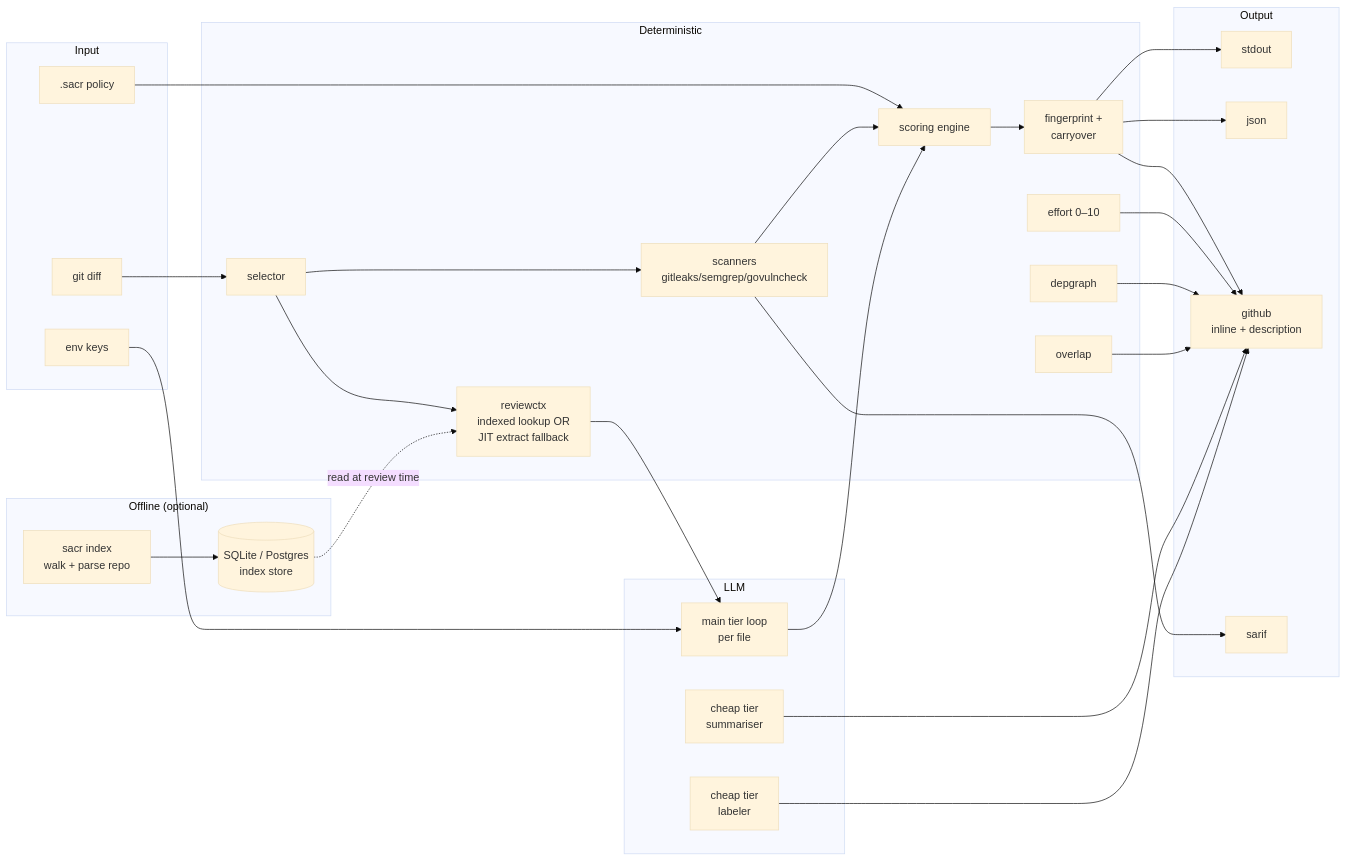
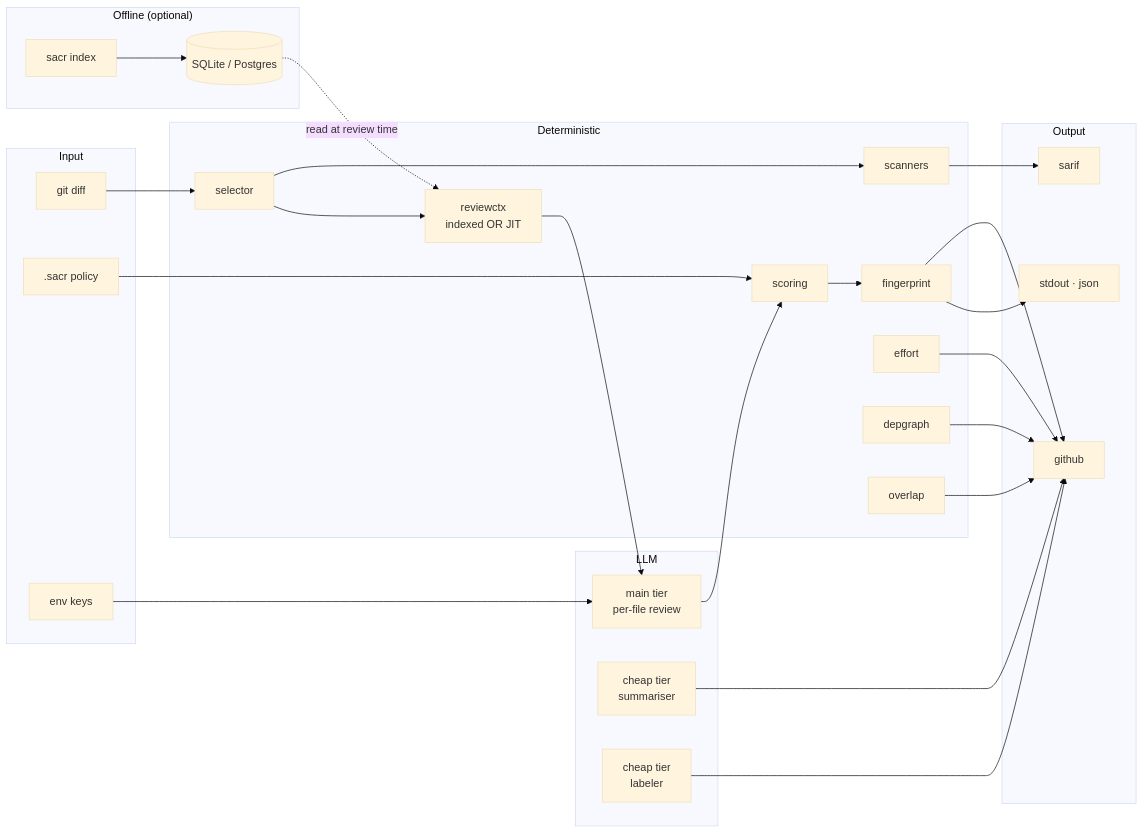
Before and after one commit to shubam-disseqt/shubam-ai-code-reviewer: the first of 2 diagrams in README.md, drawn with Mermaid (base theme). The commit also changed other lines of this file, not shown here.

First line of the commit message:
docs(readme): compact rewrite, features + architecture focus

````diff
--- a/README.md
+++ b/README.md
@@ -95,56 +64,49 @@
 ```mermaid
 flowchart LR
   subgraph Offline["Offline (optional)"]
-    IX0["sacr index<br/>walk + parse repo"]
-    IX1[(SQLite / Postgres<br/>index store)]
-    IX0 --> IX1
+    IX0["sacr index"] --> IX1[(SQLite / Postgres)]
   end
 
   subgraph Input
     A1[git diff]
     A2[.sacr policy]
     A3[env keys]
   end
 
   subgraph Deterministic
     B1[selector]
-    B2[scanners<br/>gitleaks/semgrep/govulncheck]
-    B3[scoring engine]
-    B4[fingerprint +<br/>carryover]
-    B5[effort 0–10]
+    B2[scanners]
+    B3[scoring]
+    B4[fingerprint]
+    B5[effort]
     B6[depgraph]
     B7[overlap]
-    CTX["reviewctx<br/>indexed lookup OR<br/>JIT extract fallback"]
+    CTX["reviewctx<br/>indexed OR JIT"]
   end
 
   subgraph LLM
-    C1[main tier loop<br/>per file]
+    C1[main tier<br/>per-file review]
     C2[cheap tier<br/>summariser]
     C3[cheap tier<br/>labeler]
   end
 
   subgraph Output
-    D1[stdout]
-    D2[json]
-    D3[github<br/>inline + description]
+    D1[stdout · json]
+    D3[github]
     D4[sarif]
   end
 
-  A1 --> B1
-  B1 --> CTX
+  A1 --> B1 --> CTX --> C1
   IX1 -. read at review time .-> CTX
-  CTX --> C1
   A2 --> B3
   A3 --> C1
-  B1 --> B2 --> B3
-  C1 --> B3
-  B3 --> B4 --> D1
-  B4 --> D2
+  B1 --> B2
+  C1 --> B3 --> B4 --> D1
   B4 --> D3
   B2 --> D4
   B5 --> D3
   B6 --> D3
   B7 --> D3
   C2 --> D3
   C3 --> D3
 ```
````
